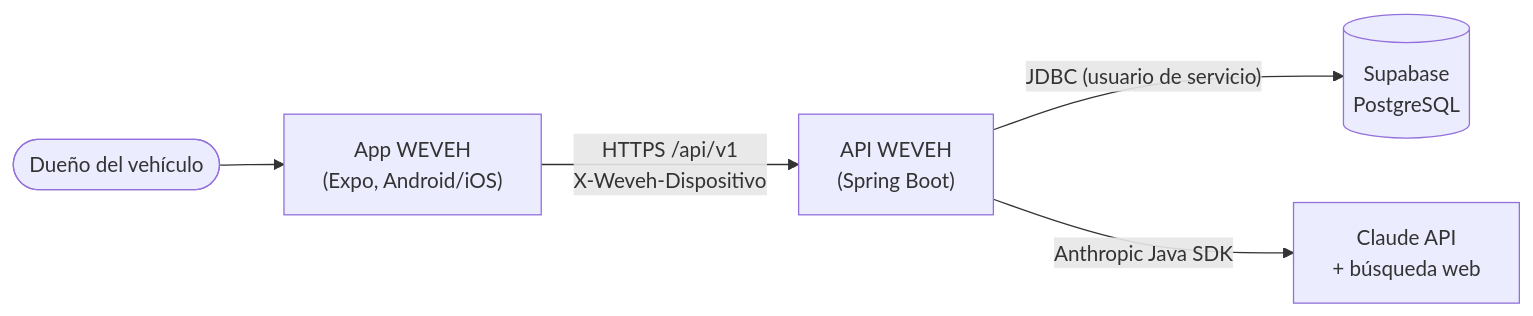
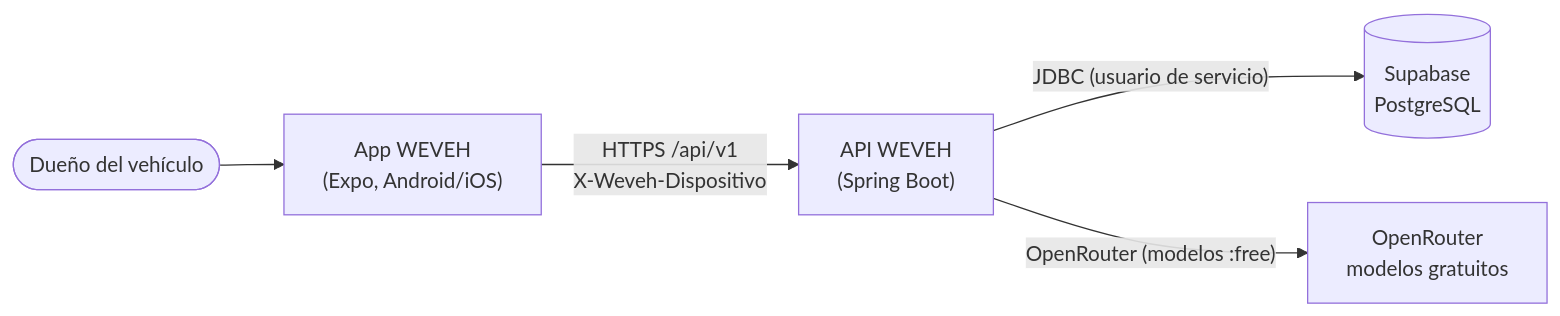
The first of 3 diagrams in docs/arquitectura.md (PaLuRoBu0809/WEVEH-CAR-ASSISTANT), drawn with Mermaid before and after one commit. The commit also changed other lines of this file and 7 other files, not shown here.

First line of the commit message:
docs: solo modelos gratuitos de OpenRouter

````diff
--- a/docs/arquitectura.md
+++ b/docs/arquitectura.md
@@ -7,12 +7,12 @@
 ```mermaid
 flowchart LR
   U(["Dueño del vehículo"])
   APP["App WEVEH<br/>(Expo, Android/iOS)"]
   API["API WEVEH<br/>(Spring Boot)"]
   DB[("Supabase<br/>PostgreSQL")]
-  IA["Claude API<br/>+ búsqueda web"]
+  IA["OpenRouter<br/>modelos gratuitos"]
   U --> APP
   APP -- "HTTPS /api/v1<br/>X-Weveh-Dispositivo" --> API
   API -- "JDBC (usuario de servicio)" --> DB
-  API -- "Anthropic Java SDK" --> IA
+  API -- "OpenRouter (modelos :free)" --> IA
 ```
````
